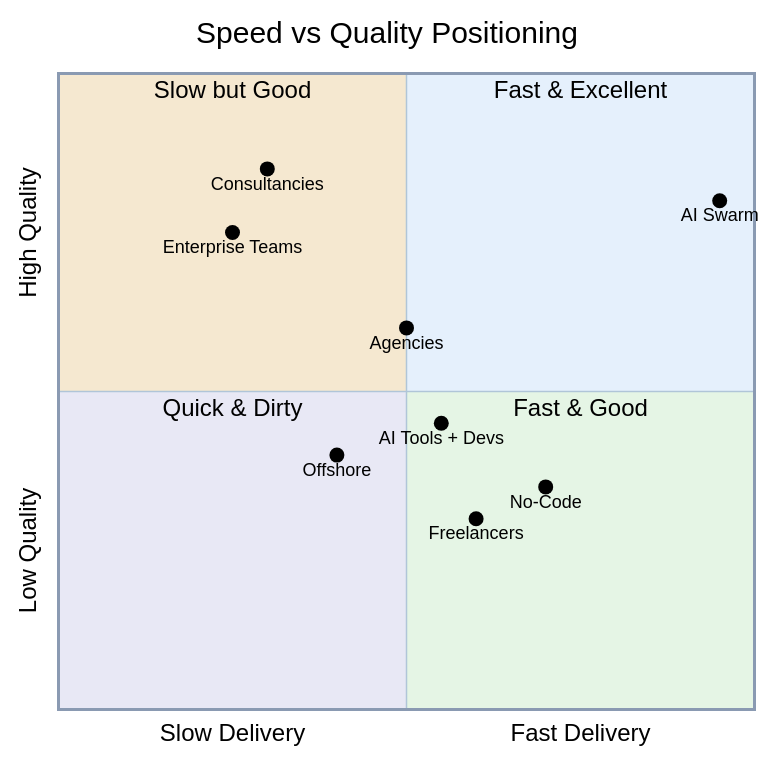
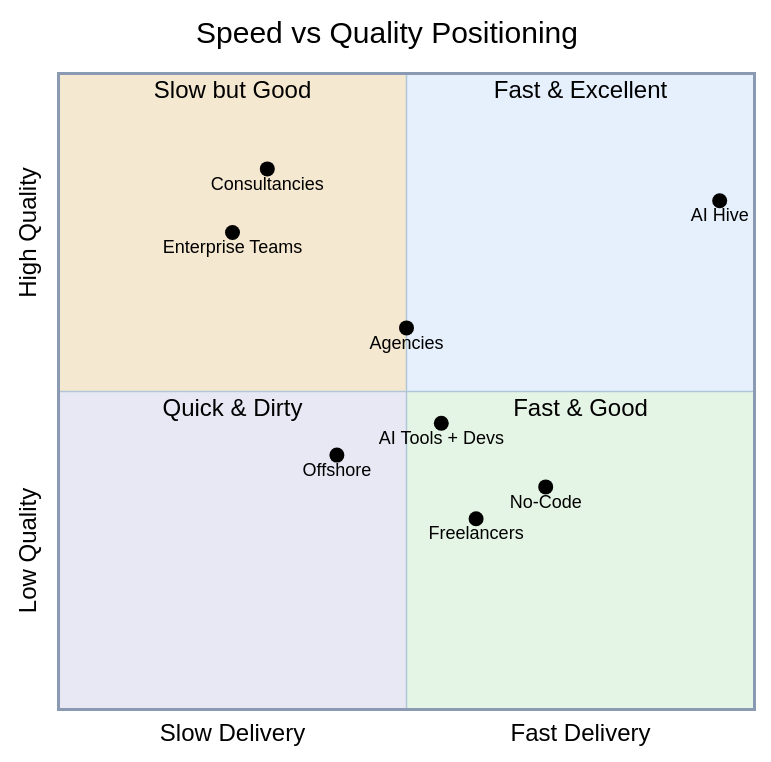
Before and after one commit to o2alexanderfedin/AI-Hive-Business-Docs: the seventh of 10 diagrams in business-documents/competitive-positioning/01-positioning-strategy.md, drawn with Mermaid. The commit also changed other lines of this file and 22 other files, not shown here.

First line of the commit message:
Replace all references from 'AI Swarm' to 'AI Hive' across project

````diff
--- a/business-documents/competitive-positioning/01-positioning-strategy.md
+++ b/business-documents/competitive-positioning/01-positioning-strategy.md
@@ -552,40 +552,40 @@
 ```mermaid
 %%{init: {
   'theme': 'base',
   'themeVariables': {
     'quadrant1Fill': '#E5F0FC',
     'quadrant2Fill': '#F5E8D0',
     'quadrant3Fill': '#E8E8F5',
     'quadrant4Fill': '#E5F5E5',
     'quadrant1TextFill': '#000000',
     'quadrant2TextFill': '#000000',
     'quadrant3TextFill': '#000000',
     'quadrant4TextFill': '#000000',
     'quadrantPointFill': '#000000',
     'quadrantPointTextFill': '#000000',
     'quadrantXAxisTextFill': '#000000',
     'quadrantYAxisTextFill': '#000000',
     'quadrantInternalBorderStrokeFill': '#B0C5D8',
     'quadrantExternalBorderStrokeFill': '#8A9AB2',
     'quadrantTitleFill': '#000000'
   }
 }}%%
 quadrantChart
     title Speed vs Quality Positioning
     x-axis Slow Delivery --> Fast Delivery
     y-axis Low Quality --> High Quality
 
     quadrant-1 Fast & Excellent
     quadrant-2 Slow but Good
     quadrant-3 Quick & Dirty
     quadrant-4 Fast & Good
 
     "Enterprise Teams": [0.25, 0.75]
     "Consultancies": [0.30, 0.85]
     "Agencies": [0.50, 0.60]
     "Offshore": [0.40, 0.40]
     "Freelancers": [0.60, 0.30]
     "No-Code": [0.70, 0.35]
     "AI Tools + Devs": [0.55, 0.45]
-    "AI Swarm": [0.95, 0.80]
+    "AI Hive": [0.95, 0.80]
 ```
````
